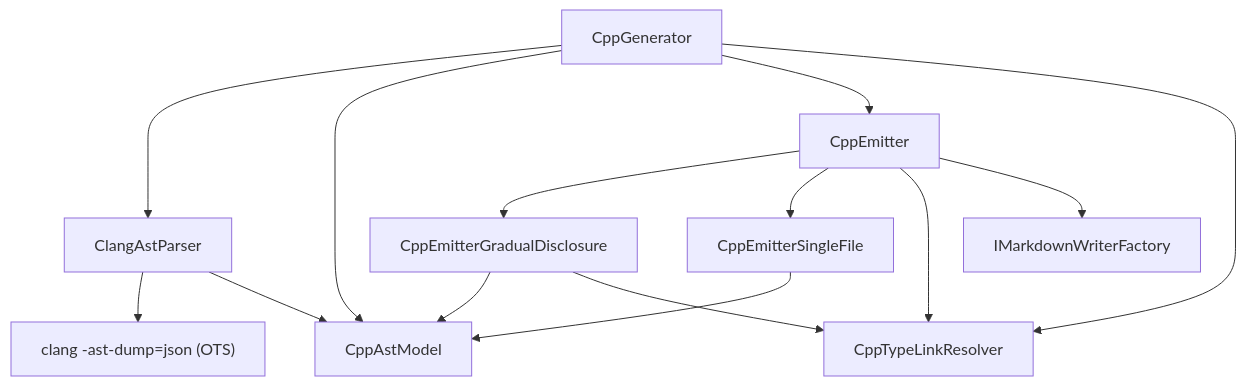
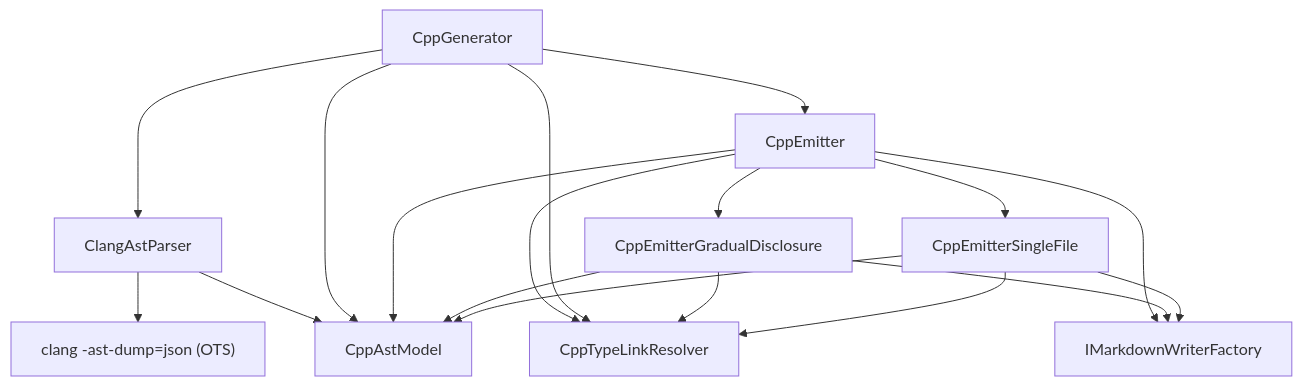
One commit to demaconsulting/ApiMark changed the diagram in docs/design/api-mark-cpp.md. Above: the diagram before and after it, drawn with Mermaid. The commit also changed other lines of this file and 12 other files, not shown here.

````diff
--- a/docs/design/api-mark-cpp.md
+++ b/docs/design/api-mark-cpp.md
@@ -25,16 +25,20 @@
 ```mermaid
 flowchart TD
     CppGenerator --> ClangAstParser
     ClangAstParser --> clang["clang -ast-dump=json (OTS)"]
     ClangAstParser --> CppAstModel
     CppGenerator --> CppAstModel
     CppGenerator --> CppEmitter
     CppEmitter --> CppEmitterGradualDisclosure
     CppEmitter --> CppEmitterSingleFile
     CppEmitter --> CppTypeLinkResolver
     CppEmitter --> IMarkdownWriterFactory
     CppGenerator --> CppTypeLinkResolver
+    CppEmitter --> CppAstModel
     CppEmitterGradualDisclosure --> CppAstModel
     CppEmitterSingleFile --> CppAstModel
     CppEmitterGradualDisclosure --> CppTypeLinkResolver
+    CppEmitterSingleFile --> CppTypeLinkResolver
+    CppEmitterGradualDisclosure --> IMarkdownWriterFactory
+    CppEmitterSingleFile --> IMarkdownWriterFactory
 ```
````
